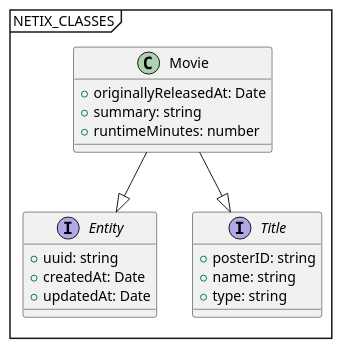
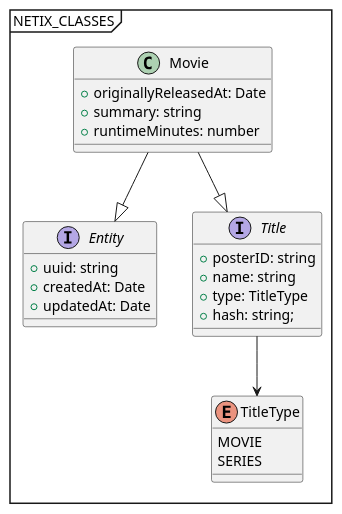
One commit to winqus/NETIX changed the diagram in ntx-docs/C4-model/LogicView/LVL4_Classes.puml. Above: the diagram before and after it, drawn with PlantUML. The commit also changed 2 other files, not shown here.

```diff
--- a/ntx-docs/C4-model/LogicView/LVL4_Classes.puml
+++ b/ntx-docs/C4-model/LogicView/LVL4_Classes.puml
@@ -2,25 +2,33 @@
 @startuml NETIX_CLASSES
 mainframe NETIX_CLASSES
 skinparam mainframeBackgroundColor #FFFFFF
+
+enum TitleType {
+  MOVIE
+  SERIES
+}
 
 interface Entity {
   +uuid: string
   +createdAt: Date
   +updatedAt: Date
 }
 
 interface Title {
   +posterID: string
   +name: string
-  +type: string
+  +type: TitleType
+  +hash: string;
 }
+
+Title --> TitleType
 
 class Movie {
   +originallyReleasedAt: Date
   +summary: string
   +runtimeMinutes: number
 }
 Movie --|> Entity
 Movie --|> Title
 
 @enduml
```
